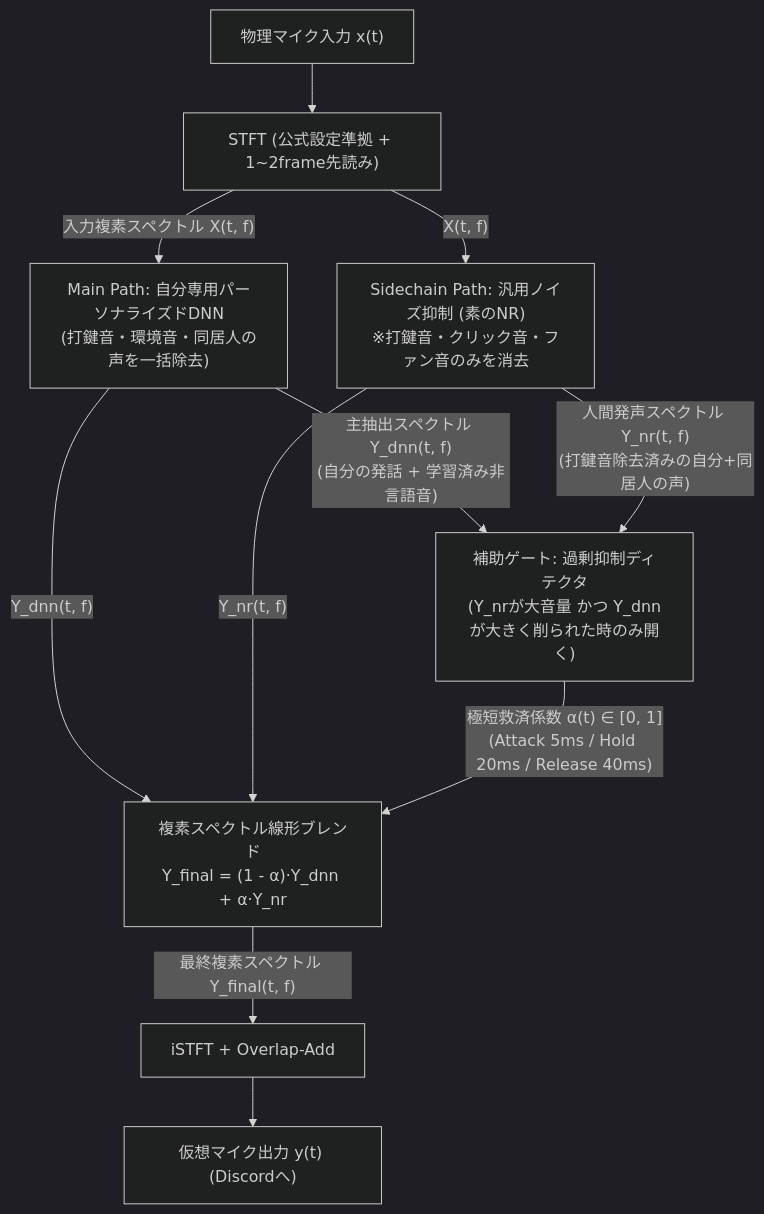
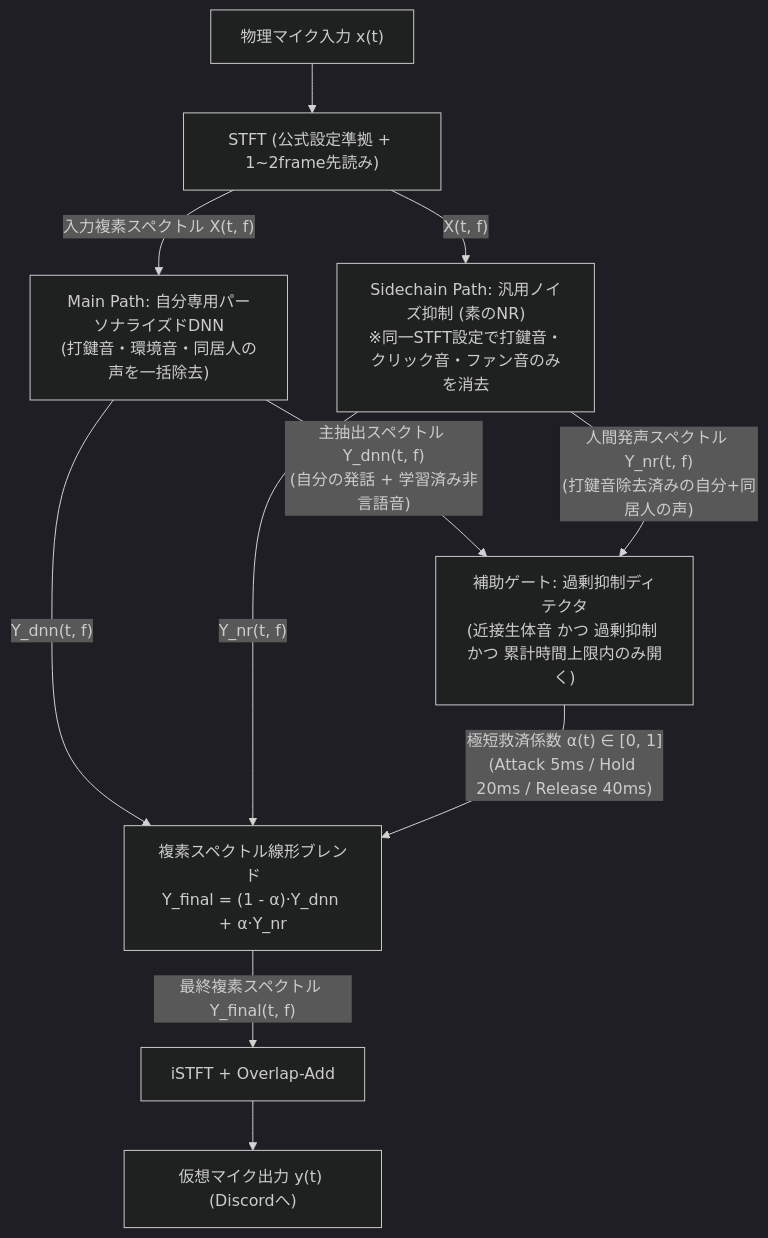
Before and after one commit to amemya/bubble-mic: the diagram in docs/01_architecture.md, drawn with Mermaid (dark theme). The commit also changed other lines of this file and 3 other files, not shown here.

````diff
--- a/docs/01_architecture.md
+++ b/docs/01_architecture.md
@@ -24,18 +24,18 @@
 ```mermaid
 flowchart TD
     Mic["物理マイク入力 x(t)"] --> STFT["STFT (公式設定準拠 + 1~2frame先読み)"]
     
     STFT -->|"入力複素スペクトル X(t, f)"| MainDNN["Main Path: 自分専用パーソナライズドDNN\n(打鍵音・環境音・同居人の声を一括除去)"]
     
-    STFT -->|"X(t, f)"| SideNR["Sidechain Path: 汎用ノイズ抑制 (素のNR)\n※打鍵音・クリック音・ファン音のみを消去"]
+    STFT -->|"X(t, f)"| SideNR["Sidechain Path: 汎用ノイズ抑制 (素のNR)\n※同一STFT設定で打鍵音・クリック音・ファン音のみを消去"]
     
-    MainDNN -->|"主抽出スペクトル Y_dnn(t, f)\n(自分の発話 + 学習済み非言語音)"| Gate["補助ゲート: 過剰抑制ディテクタ\n(Y_nrが大音量 かつ Y_dnnが大きく削られた時のみ開く)"]
+    MainDNN -->|"主抽出スペクトル Y_dnn(t, f)\n(自分の発話 + 学習済み非言語音)"| Gate["補助ゲート: 過剰抑制ディテクタ\n(近接生体音 かつ 過剰抑制 かつ 累計時間上限内のみ開く)"]
     SideNR -->|"人間発声スペクトル Y_nr(t, f)\n(打鍵音除去済みの自分+同居人の声)"| Gate
     
     MainDNN -->|"Y_dnn(t, f)"| Blender["複素スペクトル線形ブレンド\nY_final = (1 - α)·Y_dnn + α·Y_nr"]
     SideNR -->|"Y_nr(t, f)"| Blender
     Gate -->|"極短救済係数 α(t) ∈ [0, 1]\n(Attack 5ms / Hold 20ms / Release 40ms)"| Blender
 
     Blender -->|"最終複素スペクトル Y_final(t, f)"| ISTFT["iSTFT + Overlap-Add"]
     ISTFT --> VMic["仮想マイク出力 y(t) (Discordへ)"]
 ```
````
